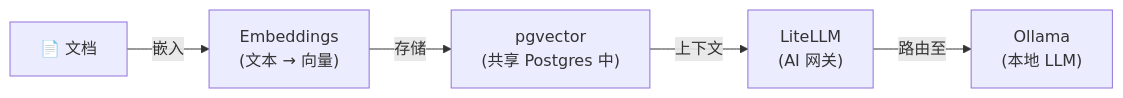
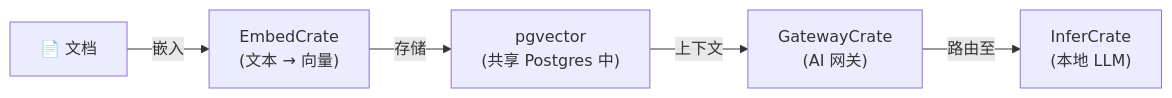
Before and after one commit to hwdsl2/self-hosted-ai-stack: the diagram in stacks/rag-pipeline/README-zh.md, drawn with Mermaid. The commit also changed other lines of this file and 47 other files, not shown here.

````diff
--- a/stacks/rag-pipeline/README-zh.md
+++ b/stacks/rag-pipeline/README-zh.md
@@ -17,7 +17,7 @@
 ```mermaid
 graph LR
-    D["📄 文档"] -->|嵌入| E["Embeddings<br/>(文本 → 向量)"]
+    D["📄 文档"] -->|嵌入| E["EmbedCrate<br/>(文本 → 向量)"]
     E -->|存储| VDB["pgvector<br/>(共享 Postgres 中)"]
-    VDB -->|上下文| L["LiteLLM<br/>(AI 网关)"]
-    L -->|路由至| O["Ollama<br/>(本地 LLM)"]
+    VDB -->|上下文| L["GatewayCrate<br/>(AI 网关)"]
+    L -->|路由至| O["InferCrate<br/>(本地 LLM)"]
 ```
````
